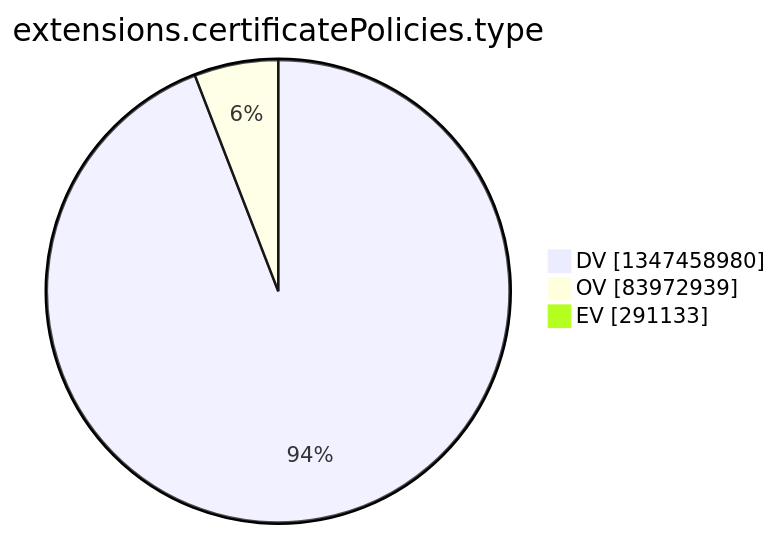
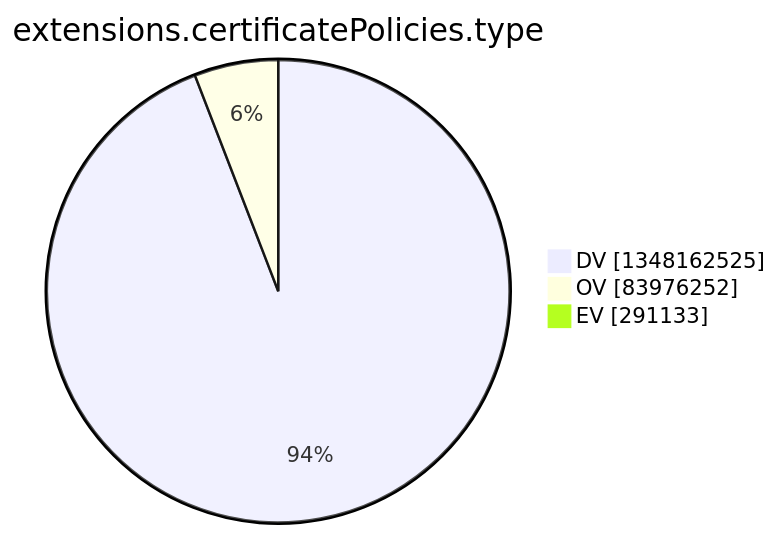
Before and after one commit to christiankrug/ctmonitor_visualization: the tenth of 15 diagrams in argon2022/README.md, drawn with Mermaid. The commit also changed other lines of this file, not shown here.

````diff
--- a/argon2022/README.md
+++ b/argon2022/README.md
@@ -2773,7 +2773,7 @@
 ```mermaid
 pie showData
 title extensions.certificatePolicies.type
-"DV" :1347458980
-"OV" :83972939
+"DV" :1348162525
+"OV" :83976252
 "EV" :291133
 ```
````
